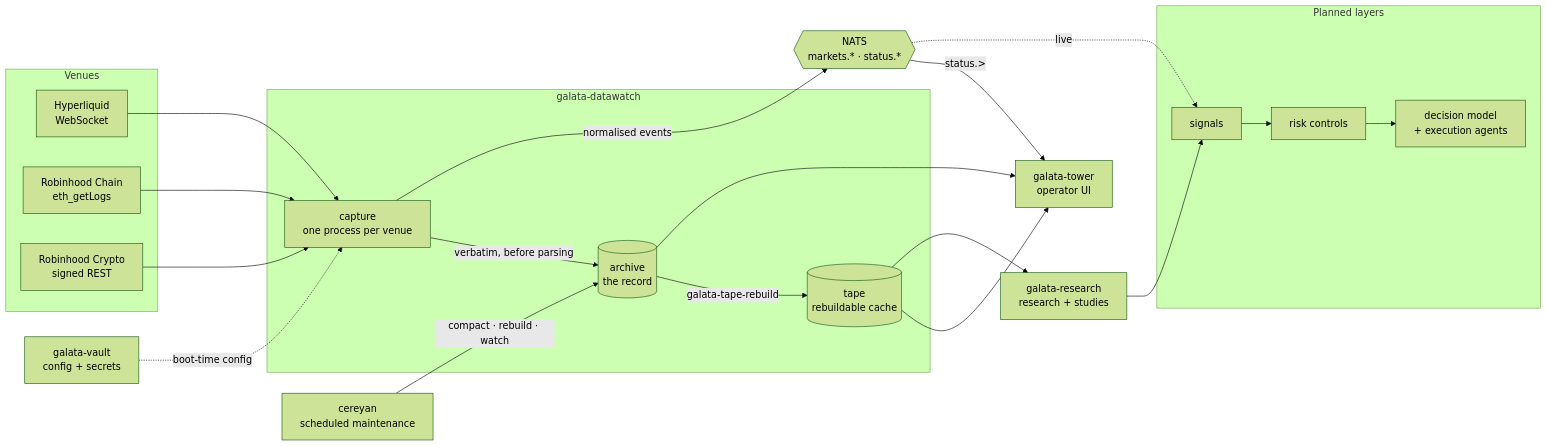
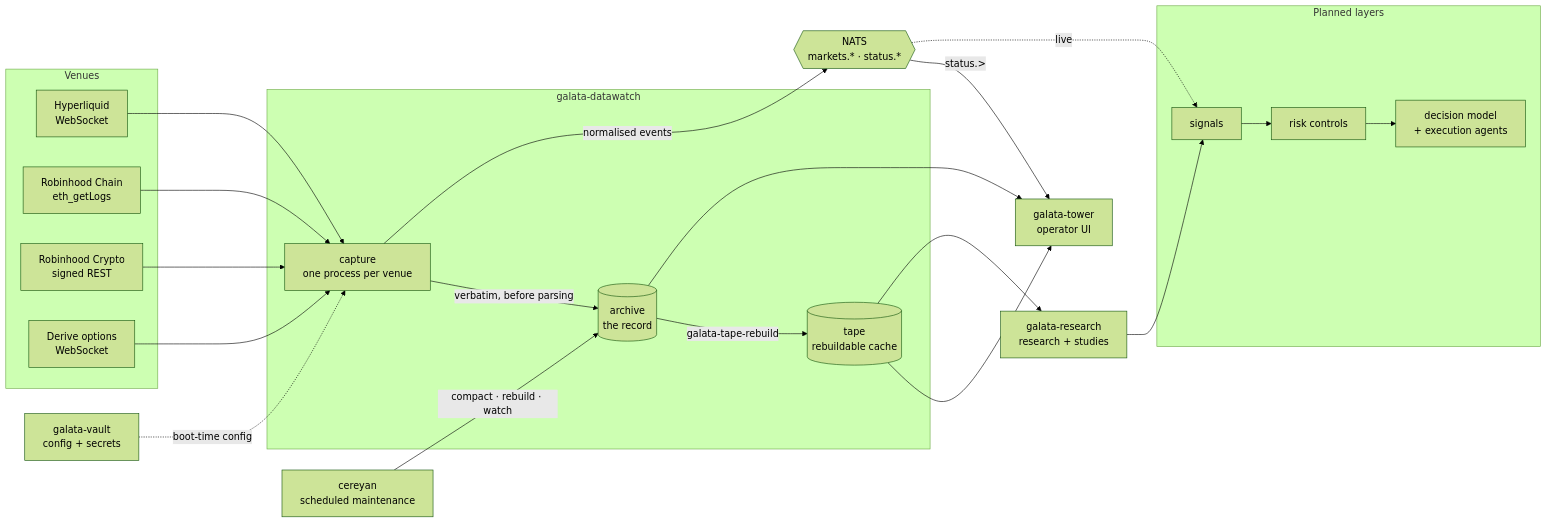
Before and after one commit to sercanatalik/galata-datawatch: the diagram in README.md, drawn with Mermaid (forest theme). The commit also changed other lines of this file and 56 other files, not shown here.

First line of the commit message:
Capture Derive options, and let an instrument leave a running set

````diff
--- a/README.md
+++ b/README.md
@@ -74,37 +74,38 @@
 ```mermaid
 flowchart LR
     subgraph Venues
         HL["Hyperliquid<br/>WebSocket"]
         RHC["Robinhood Chain<br/>eth_getLogs"]
         RHX["Robinhood Crypto<br/>signed REST"]
+        DRV["Derive options<br/>WebSocket"]
     end
 
     subgraph DW["galata-datawatch"]
         CAP["capture<br/>one process per venue"]
         ARC[("archive<br/>the record")]
         TAPE[("tape<br/>rebuildable cache")]
     end
 
     VAULT["galata-vault<br/>config + secrets"]
     NATS{{"NATS<br/>markets.* · status.*"}}
     FLOWS["cereyan<br/>scheduled maintenance"]
     TOWER["galata-tower<br/>operator UI"]
     RES["galata-research<br/>research + studies"]
 
     subgraph Next["Planned layers"]
         SIG["signals"]
         RISK["risk controls"]
         EXEC["decision model<br/>+ execution agents"]
     end
 
-    HL & RHC & RHX --> CAP
+    HL & RHC & RHX & DRV --> CAP
     VAULT -. boot-time config .-> CAP
     CAP -- "verbatim, before parsing" --> ARC
     CAP -- normalised events --> NATS
     FLOWS -- compact · rebuild · watch --> ARC
     ARC -- galata-tape-rebuild --> TAPE
     ARC & TAPE --> TOWER
     NATS -- "status.>" --> TOWER
     TAPE --> RES --> SIG --> RISK --> EXEC
     NATS -. live .-> SIG
 ```
````
